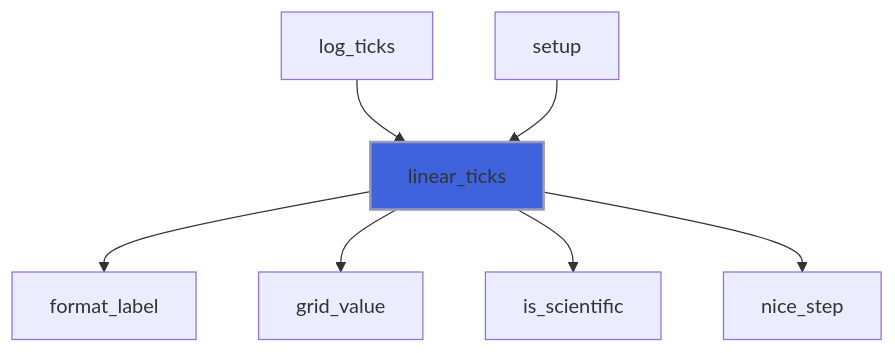
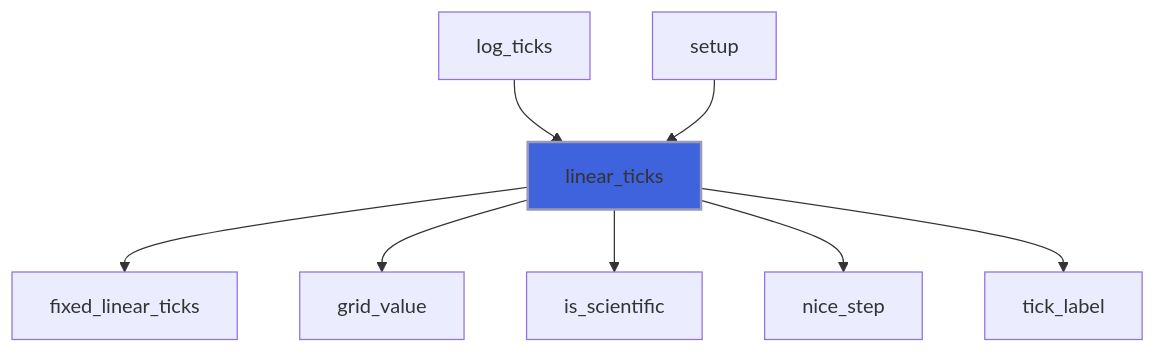
The fourth of 16 diagrams in docs/api/src/lib/foresight_ticks.md (szaghi/foresight), drawn with Mermaid before and after one commit. The commit also changed other lines of this file and 42 other files, not shown here.

First line of the commit message:
feat(script): add tick settings, label formats, key placement and styles

````diff
--- a/docs/api/src/lib/foresight_ticks.md
+++ b/docs/api/src/lib/foresight_ticks.md
@@ -111,10 +185,11 @@
 ```mermaid
 flowchart TD
   log_ticks["log_ticks"] --> linear_ticks["linear_ticks"]
   setup["setup"] --> linear_ticks["linear_ticks"]
-  linear_ticks["linear_ticks"] --> format_label["format_label"]
+  linear_ticks["linear_ticks"] --> fixed_linear_ticks["fixed_linear_ticks"]
   linear_ticks["linear_ticks"] --> grid_value["grid_value"]
   linear_ticks["linear_ticks"] --> is_scientific["is_scientific"]
   linear_ticks["linear_ticks"] --> nice_step["nice_step"]
+  linear_ticks["linear_ticks"] --> tick_label["tick_label"]
   style linear_ticks fill:#3e63dd,stroke:#99b,stroke-width:2px
 ```
````
